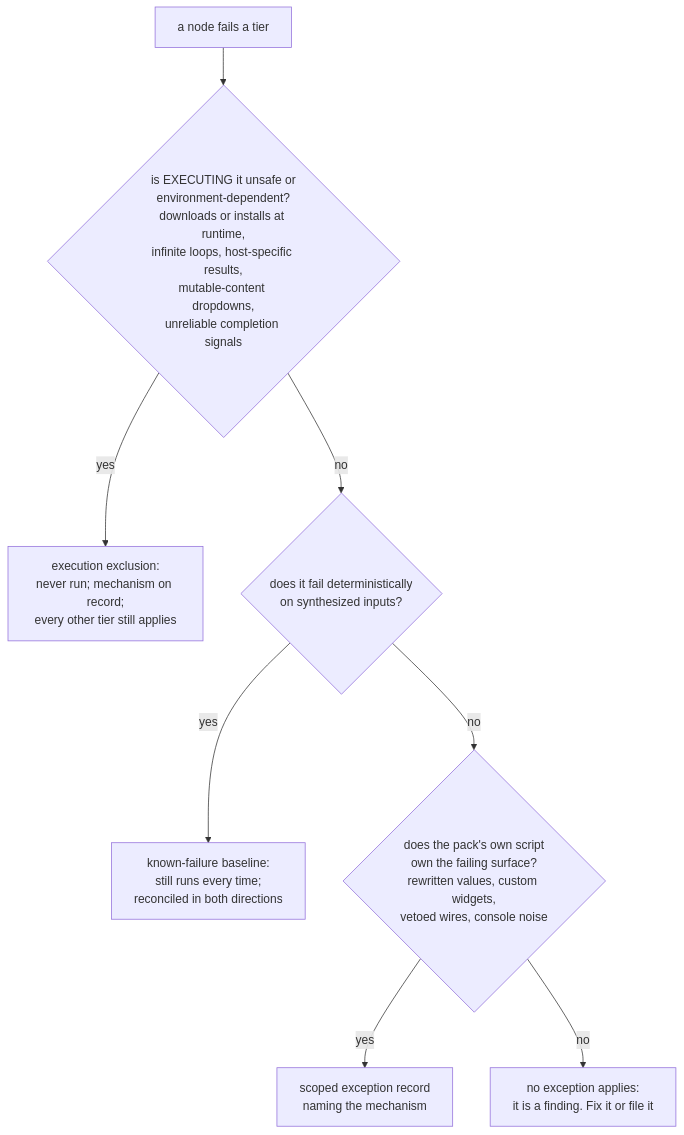
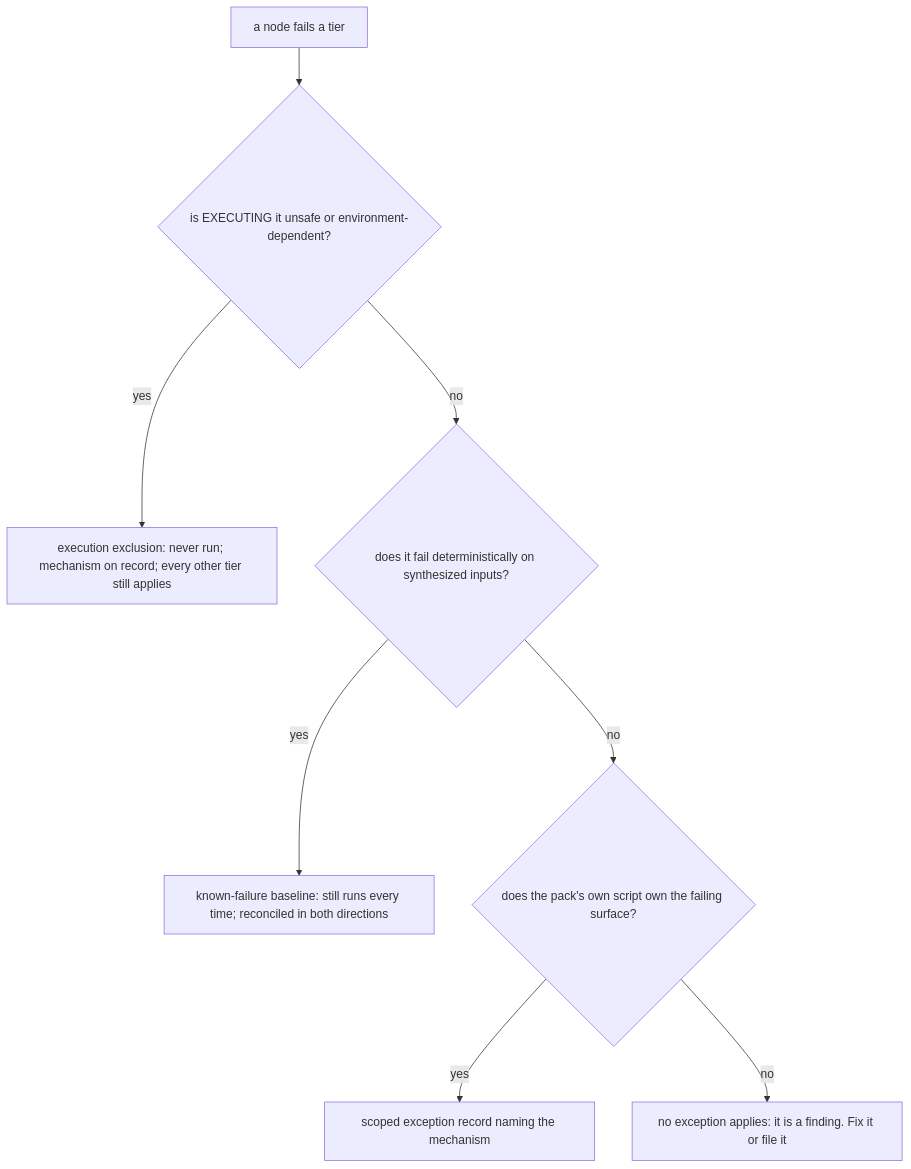
One commit to Comfy-Org/ComfyUI_frontend changed the eighth of 9 diagrams in browser_tests/tests/customNodes/ARCHITECTURE.md. Above: the diagram before and after it, drawn with Mermaid. The commit also changed other lines of this file and 2 other files, not shown here.

First line of the commit message:
docs(custom-nodes): regression-suite title, tier gating truth, verified stack claims

````diff
--- a/browser_tests/tests/customNodes/ARCHITECTURE.md
+++ b/browser_tests/tests/customNodes/ARCHITECTURE.md
@@ -372,10 +374,11 @@
 ```mermaid
+%%{init: {"flowchart": {"wrappingWidth": 300}}}%%
 flowchart TD
-    F["a node fails a tier"] --> Q1{"is EXECUTING it unsafe or<br/>environment-dependent?<br/>downloads or installs at runtime,<br/>infinite loops, host-specific results,<br/>mutable-content dropdowns,<br/>unreliable completion signals"}
-    Q1 -- yes --> L1["execution exclusion:<br/>never run; mechanism on record;<br/>every other tier still applies"]
-    Q1 -- no --> Q2{"does it fail deterministically<br/>on synthesized inputs?"}
-    Q2 -- yes --> L2["known-failure baseline:<br/>still runs every time;<br/>reconciled in both directions"]
-    Q2 -- no --> Q3{"does the pack's own script<br/>own the failing surface?<br/>rewritten values, custom widgets,<br/>vetoed wires, console noise"}
-    Q3 -- yes --> L3["scoped exception record<br/>naming the mechanism"]
-    Q3 -- no --> L4["no exception applies:<br/>it is a finding. Fix it or file it"]
+    F["a node fails a tier"] --> Q1{"is EXECUTING it unsafe or environment-dependent?"}
+    Q1 -- yes --> L1["execution exclusion: never run; mechanism on record; every other tier still applies"]
+    Q1 -- no --> Q2{"does it fail deterministically on synthesized inputs?"}
+    Q2 -- yes --> L2["known-failure baseline: still runs every time; reconciled in both directions"]
+    Q2 -- no --> Q3{"does the pack's own script own the failing surface?"}
+    Q3 -- yes --> L3["scoped exception record naming the mechanism"]
+    Q3 -- no --> L4["no exception applies: it is a finding. Fix it or file it"]
 ```
````
